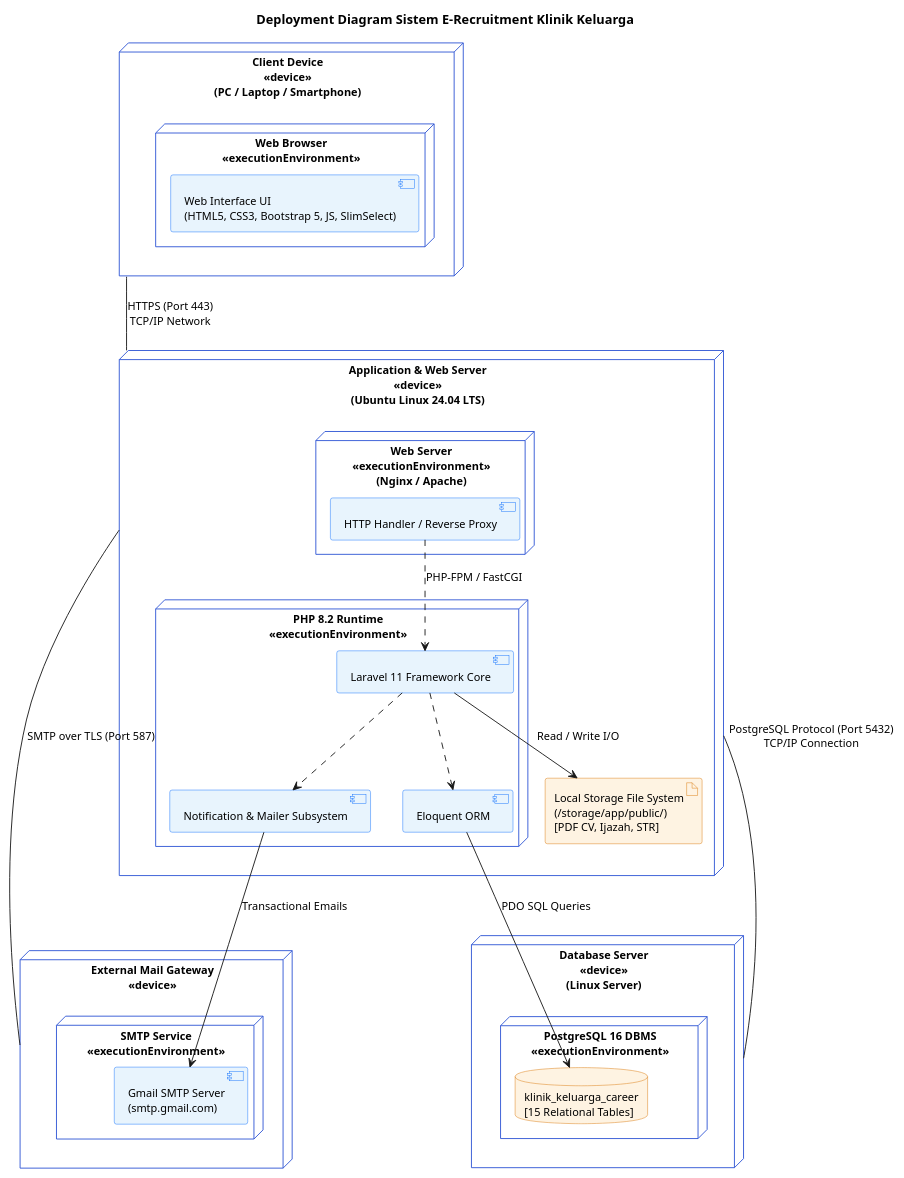
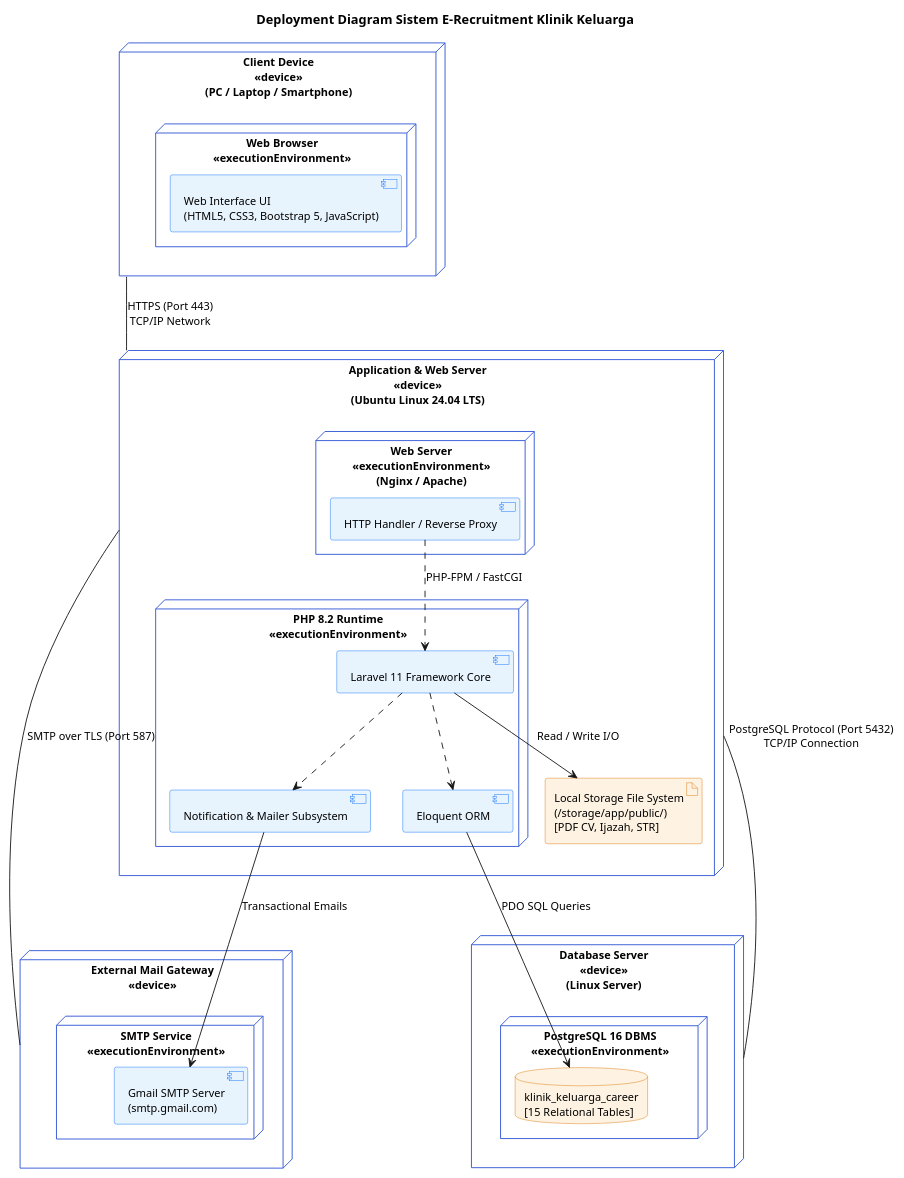
One commit to Madtive-Studio/klinik_keluarga_career changed the diagram in public/assets/diagrams/VP/Deployment_Diagram.puml. Above: the diagram before and after it, drawn with PlantUML. The commit also changed 16 other files, not shown here.

Commit message:
refactor: remove auto-scoring engine references from documentation and diagrams

```diff
--- a/public/assets/diagrams/VP/Deployment_Diagram.puml
+++ b/public/assets/diagrams/VP/Deployment_Diagram.puml
@@ -1,69 +1,69 @@
 @startuml
 skinparam defaultFontName Arial
 skinparam defaultFontSize 12
 
 skinparam node {
   BackgroundColor #FFFFFF
   BorderColor #2F55D4
 }
 skinparam component {
   BackgroundColor #E8F4FD
   BorderColor #0D6EFD
 }
 skinparam artifact {
   BackgroundColor #FEF3E2
   BorderColor #D97706
 }
 skinparam database {
   BackgroundColor #FEF3E2
   BorderColor #D97706
 }
 
 title Deployment Diagram Sistem E-Recruitment Klinik Keluarga
 
 node "Client Device\n<<device>>\n(PC / Laptop / Smartphone)" as Client {
   node "Web Browser\n<<executionEnvironment>>" as Browser {
-    component "Web Interface UI\n(HTML5, CSS3, Bootstrap 5, JS, SlimSelect)" as WebUI
+    component "Web Interface UI\n(HTML5, CSS3, Bootstrap 5, JavaScript)" as WebUI
   }
 }
 
 node "Application & Web Server\n<<device>>\n(Ubuntu Linux 24.04 LTS)" as AppServer {
   node "Web Server\n<<executionEnvironment>>\n(Nginx / Apache)" as WebServer {
     component "HTTP Handler / Reverse Proxy" as Proxy
   }
   
   node "PHP 8.2 Runtime\n<<executionEnvironment>>" as PHPEnv {
     component "Laravel 11 Framework Core" as LaravelCore
     component "Notification & Mailer Subsystem" as MailerSubsystem
     component "Eloquent ORM" as Eloquent
   }
   
   artifact "Local Storage File System\n(/storage/app/public/)\n[PDF CV, Ijazah, STR]" as Storage
 }
 
 node "Database Server\n<<device>>\n(Linux Server)" as DBServer {
   node "PostgreSQL 16 DBMS\n<<executionEnvironment>>" as PGEnv {
     database "klinik_keluarga_career\n[15 Relational Tables]" as Database
   }
 }
 
 node "External Mail Gateway\n<<device>>" as MailServer {
   node "SMTP Service\n<<executionEnvironment>>" as SMTPEnv {
     component "Gmail SMTP Server\n(smtp.gmail.com)" as GmailSMTP
   }
 }
 
 ' Relations
 Client -- AppServer : "HTTPS (Port 443)\nTCP/IP Network"
 Proxy ..> LaravelCore : "PHP-FPM / FastCGI"
 LaravelCore ..> MailerSubsystem
 LaravelCore ..> Eloquent
 LaravelCore --> Storage : "Read / Write I/O"
 
 AppServer -- DBServer : "PostgreSQL Protocol (Port 5432)\nTCP/IP Connection"
 Eloquent --> Database : "PDO SQL Queries"
 
 AppServer -- MailServer : "SMTP over TLS (Port 587)"
 MailerSubsystem --> GmailSMTP : "Transactional Emails"
 
 @enduml
```
